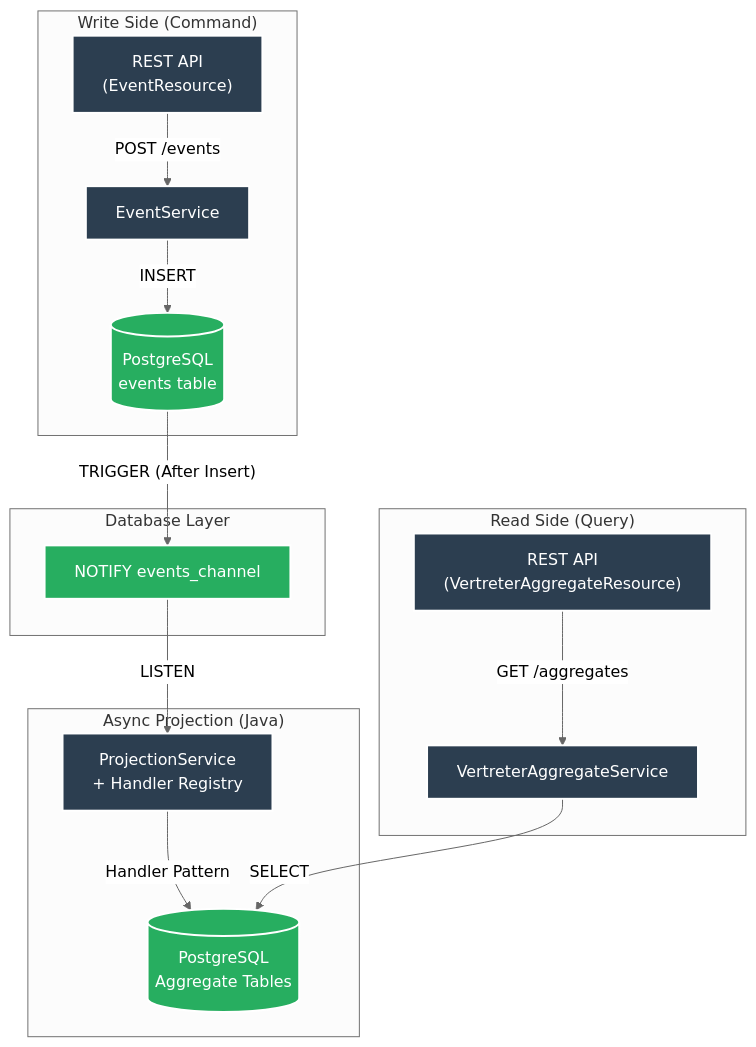
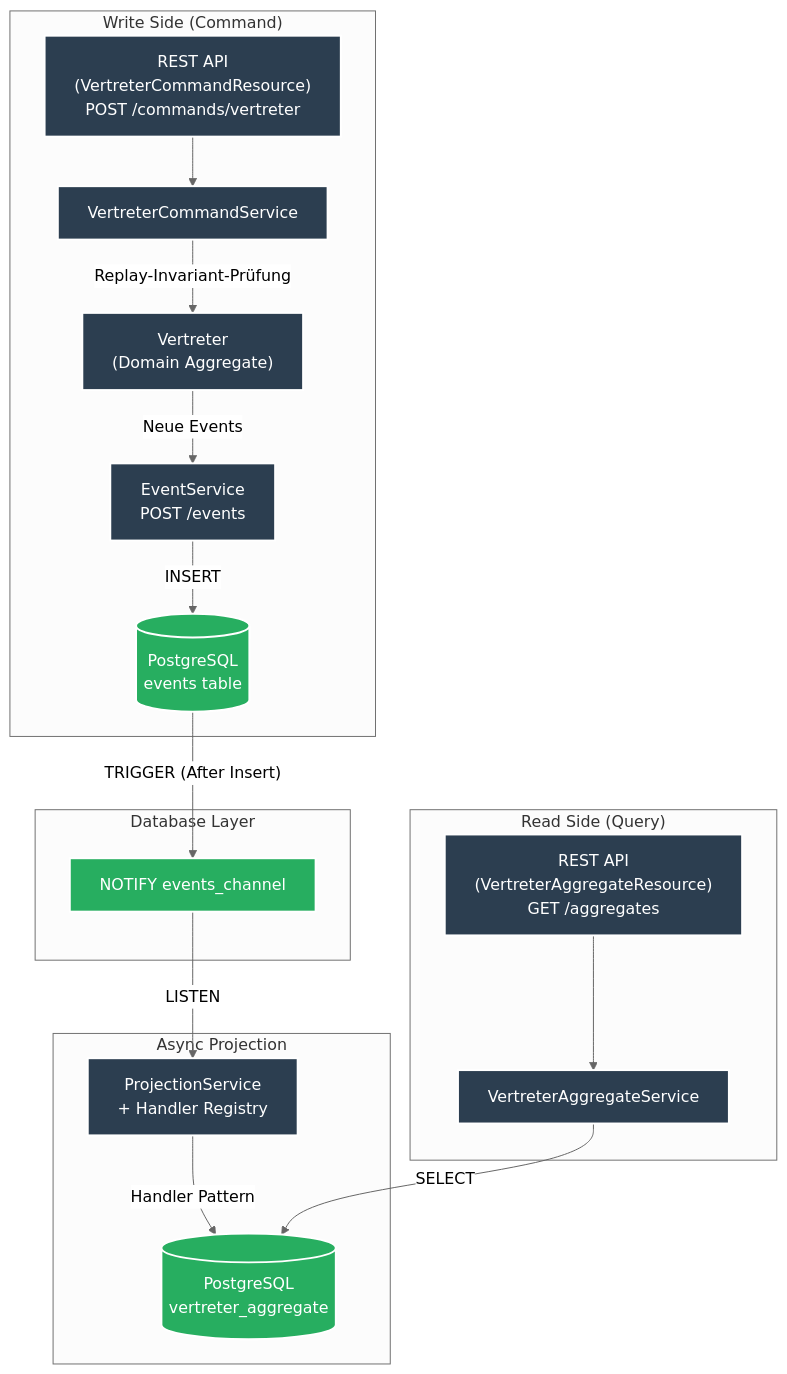
Before and after one commit to maatini/es-psql-quarkus: the diagram in README.md, drawn with Mermaid (neutral theme). The commit also changed other lines of this file, not shown here.

Commit message:
docs: update README to reflect full CQRS implementation with command-side and domain aggregates.

````diff
--- a/README.md
+++ b/README.md
@@ -9,28 +7,29 @@
 ```mermaid
 graph TD
     subgraph "Write Side (Command)"
-        API_W["REST API<br/>(EventResource)"] -->|"POST /events"| ES["EventService"]
-        ES -->|"INSERT"| DB_Events[("PostgreSQL<br/>events table")]
+        CMD["REST API<br/>(VertreterCommandResource)<br/>POST /commands/vertreter"] --> CS["VertreterCommandService"]
+        CS --> |"Replay-Invariant-Prüfung"| VA["Vertreter<br/>(Domain Aggregate)"]
+        VA --> |"Neue Events"| ES_RAW["EventService<br/>POST /events"]
+        ES_RAW --> |"INSERT"| DB_Events[("PostgreSQL<br/>events table")]
     end
 
     subgraph "Database Layer"
-        DB_Events -->|"TRIGGER (After Insert)"| DB_Notify["NOTIFY events_channel"]
+        DB_Events --> |"TRIGGER (After Insert)"| DB_Notify["NOTIFY events_channel"]
     end
 
-    subgraph "Async Projection (Java)"
-        DB_Notify -->|"LISTEN"| PROJ["ProjectionService<br/>+ Handler Registry"]
-        PROJ -->|"Handler Pattern"| DB_Agg[("PostgreSQL<br/>Aggregate Tables")]
+    subgraph "Async Projection"
+        DB_Notify --> |"LISTEN"| PROJ["ProjectionService<br/>+ Handler Registry"]
+        PROJ --> |"Handler Pattern"| DB_Agg[("PostgreSQL<br/>vertreter_aggregate")]
     end
 
     subgraph "Read Side (Query)"
-        API_R["REST API<br/>(VertreterAggregateResource)"] -->|"GET /aggregates"| AS["VertreterAggregateService"]
-        AS -->|"SELECT"| DB_Agg
+        API_R["REST API<br/>(VertreterAggregateResource)<br/>GET /aggregates"] --> AS["VertreterAggregateService"]
+        AS --> |"SELECT"| DB_Agg
     end
 
     classDef java fill:#2C3E50,stroke:#fff,stroke-width:2px,color:#fff;
     classDef db fill:#27AE60,stroke:#fff,stroke-width:2px,color:#fff;
-    classDef api fill:#E67E22,stroke:#fff,stroke-width:2px,color:#fff;
 
-    class API_W,API_R,ES,AS,PROJ java;
+    class CMD,CS,VA,ES_RAW,API_R,AS,PROJ java;
     class DB_Events,DB_Agg,DB_Notify db;
 ```
````
